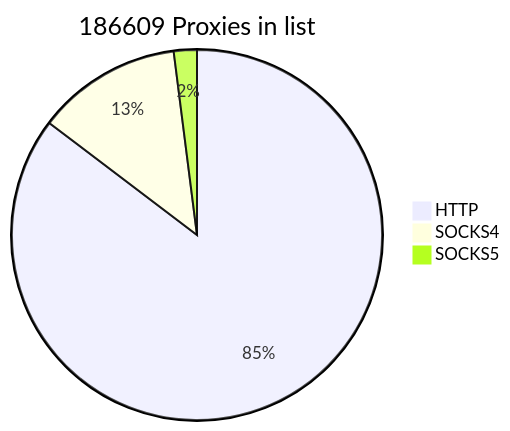
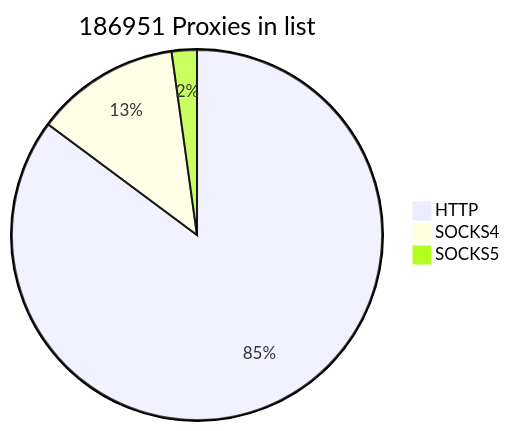
The first of 2 diagrams in README.md (cutipu/proxylist), drawn with Mermaid before and after one commit. The commit also changed other lines of this file, not shown here.

````diff
--- a/README.md
+++ b/README.md
@@ -2,7 +2,7 @@
 ```mermaid
-pie title 186609 Proxies in list
+pie title 186951 Proxies in list
     "HTTP" : 159226
-    "SOCKS4" : 23622
-    "SOCKS5" : 3761
+    "SOCKS4" : 23620
+    "SOCKS5" : 4105
             
 ```
````
